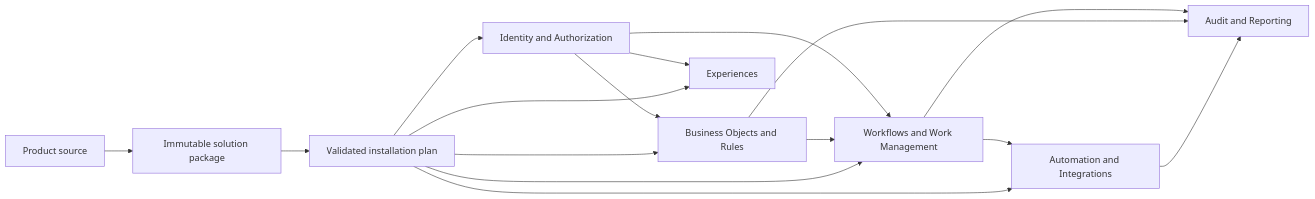
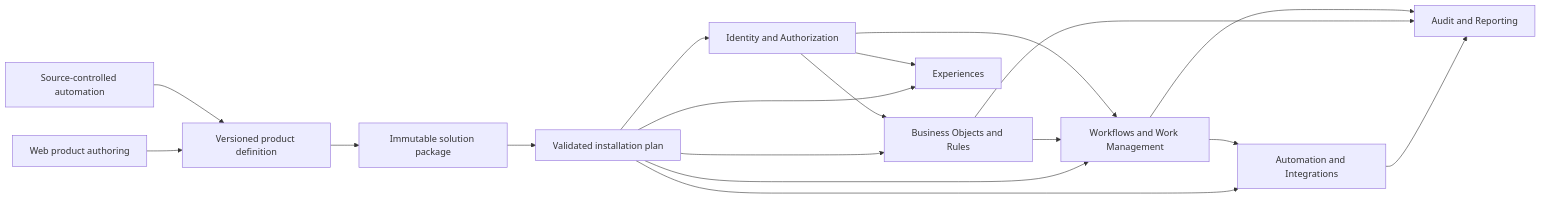
One commit to phuongnse/axis changed the diagram in docs/PLATFORM_STRATEGY.md. Above: the diagram before and after it, drawn with Mermaid. The commit also changed other lines of this file and 448 other files, not shown here.

````diff
--- a/docs/PLATFORM_STRATEGY.md
+++ b/docs/PLATFORM_STRATEGY.md
@@ -62,18 +68,20 @@
 ```mermaid
 flowchart LR
-  Product["Product source"] --> Package["Immutable solution package"]
+  Web["Web product authoring"] --> Product["Versioned product definition"]
+  Source["Source-controlled automation"] --> Product
+  Product --> Package["Immutable solution package"]
   Package --> Install["Validated installation plan"]
   Install --> Identity["Identity and Authorization"]
   Install --> Data["Business Objects and Rules"]
   Install --> UX["Experiences"]
   Install --> Work["Workflows and Work Management"]
   Install --> Auto["Automation and Integrations"]
   Data --> Work
   Work --> Auto
   Identity --> Data
   Identity --> UX
   Identity --> Work
   Auto --> Audit["Audit and Reporting"]
   Data --> Audit
   Work --> Audit
 ```
````
